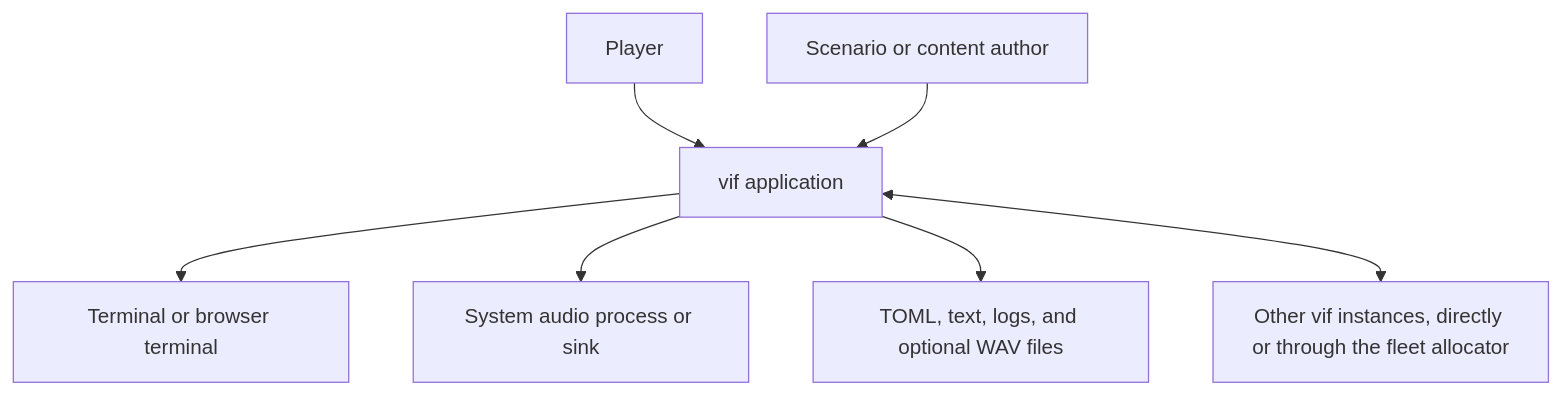
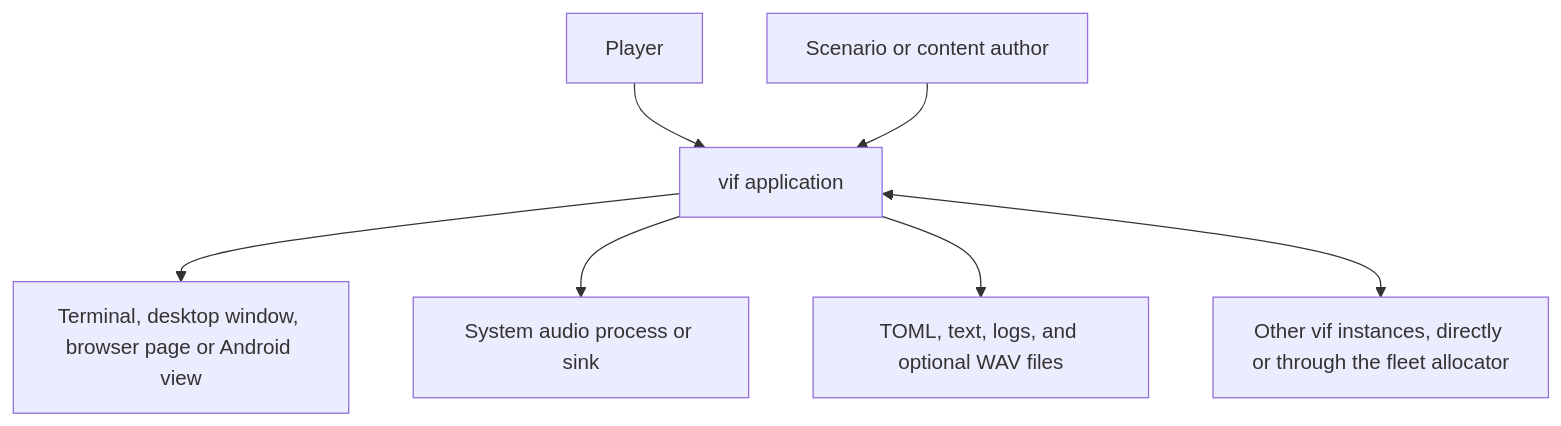
Before and after one commit to lixenwraith/vif: the first of 3 diagrams in doc/architecture.md, drawn with Mermaid. The commit also changed other lines of this file and 23 other files, not shown here.

````diff
--- a/doc/architecture.md
+++ b/doc/architecture.md
@@ -17,9 +17,9 @@
 ```mermaid
 flowchart TD
     Player["Player"] --> App["vif application"]
     Author["Scenario or content author"] --> App
-    App --> Terminal["Terminal or browser terminal"]
+    App --> Presentation["Terminal, desktop window, browser page or Android view"]
     App --> Audio["System audio process or sink"]
     App --> Files["TOML, text, logs, and optional WAV files"]
     App <--> Peers["Other vif instances, directly or through the fleet allocator"]
 ```
````
